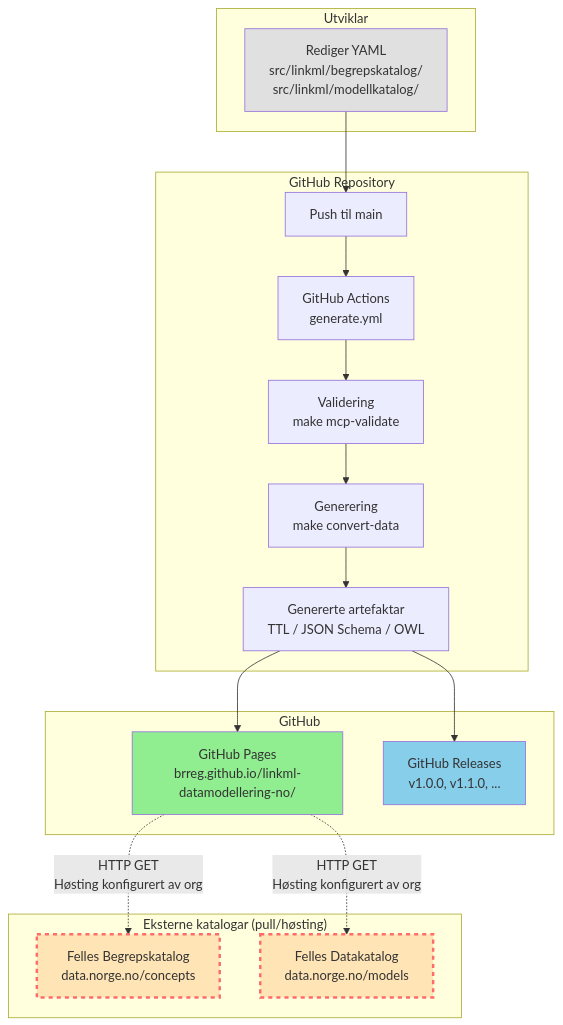
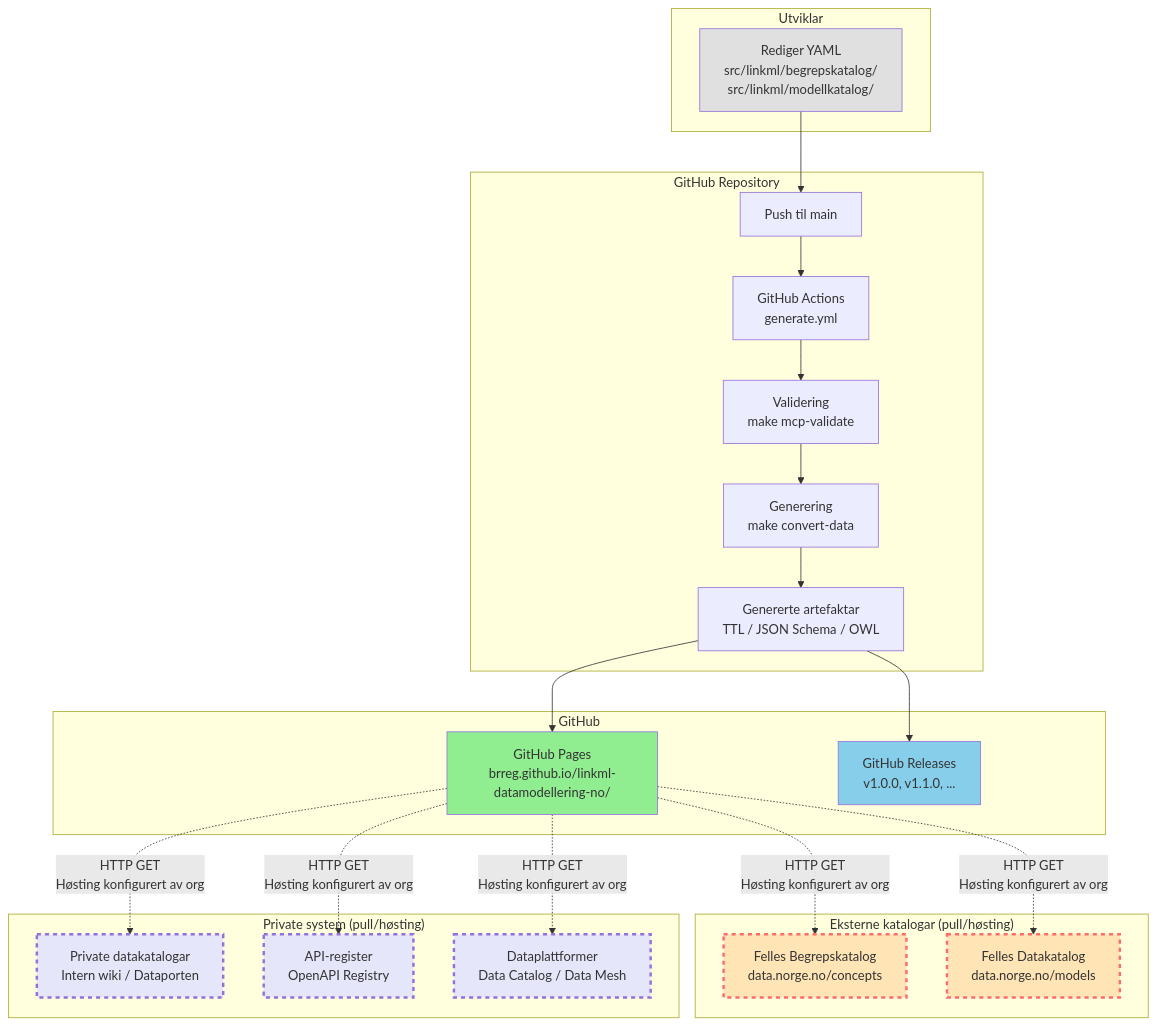
The first of 3 diagrams in mkdocs/docs/arkitektur-oversikt.md (brreg/linkml-datamodellering-no), drawn with Mermaid before and after one commit. The commit also changed other lines of this file and 2 other files, not shown here.

First line of the commit message:
docs(arkitektur-oversikt): utvid publiseringsflyt-diagram med private system

````diff
--- a/mkdocs/docs/arkitektur-oversikt.md
+++ b/mkdocs/docs/arkitektur-oversikt.md
@@ -11,34 +11,51 @@
 ```mermaid
 flowchart TB
     subgraph Utviklar
         A[Rediger YAML<br/>src/linkml/begrepskatalog/<br/>src/linkml/modellkatalog/]
     end
     
     subgraph "GitHub Repository"
         B[Push til main] --> C[GitHub Actions<br/>generate.yml]
         C --> D[Validering<br/>make mcp-validate]
         D --> E[Generering<br/>make convert-data]
         E --> F[Genererte artefaktar<br/>TTL / JSON Schema / OWL]
     end
     
     subgraph GitHub
         F --> G[GitHub Pages<br/>brreg.github.io/linkml-datamodellering-no/]
         F --> H[GitHub Releases<br/>v1.0.0, v1.1.0, ...]
     end
     
     subgraph "Eksterne katalogar (pull/høsting)"
-        G -.->|HTTP GET<br/>Høsting konfigurert av org| I[Felles Begrepskatalog<br/>data.norge.no/concepts]
-        G -.->|HTTP GET<br/>Høsting konfigurert av org| J[Felles Datakatalog<br/>data.norge.no/models]
+        I[Felles Begrepskatalog<br/>data.norge.no/concepts]
+        J[Felles Datakatalog<br/>data.norge.no/models]
     end
+    
+    subgraph "Private system (pull/høsting)"
+        K[Private datakatalogar<br/>Intern wiki / Dataporten]
+        L[API-register<br/>OpenAPI Registry]
+        M[Dataplattformer<br/>Data Catalog / Data Mesh]
+    end
+    
+    G -.->|HTTP GET<br/>Høsting konfigurert av org| I
+    G -.->|HTTP GET<br/>Høsting konfigurert av org| J
+    G -.->|HTTP GET<br/>Høsting konfigurert av org| K
+    G -.->|HTTP GET<br/>Høsting konfigurert av org| L
+    G -.->|HTTP GET<br/>Høsting konfigurert av org| M
     
     A --> B
     
     style A fill:#E0E0E0
     style G fill:#90EE90
     style H fill:#87CEEB
     style I fill:#FFE4B5
     style J fill:#FFE4B5
+    style K fill:#E6E6FA
+    style L fill:#E6E6FA
+    style M fill:#E6E6FA
     
     classDef external stroke:#FF6B6B,stroke-width:3px,stroke-dasharray: 5 5
+    classDef private stroke:#9370DB,stroke-width:3px,stroke-dasharray: 5 5
     class I,J external
+    class K,L,M private
 ```
````
